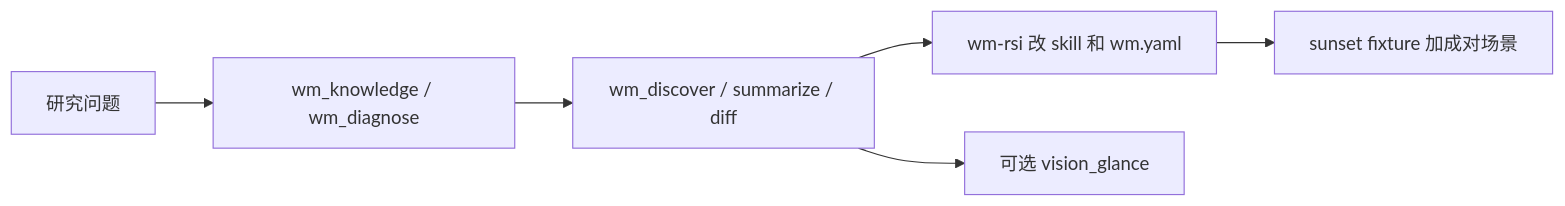
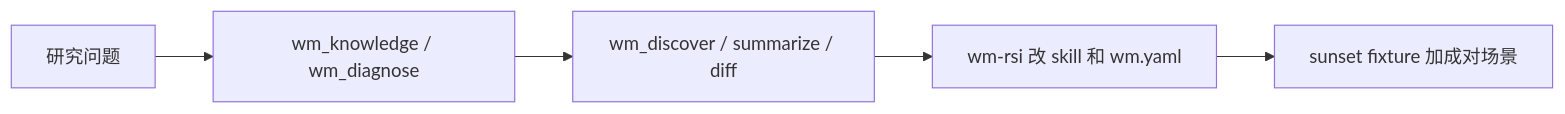
One commit to WayneJin0918/dsh-wm changed the diagram in README.zh.md. Above: the diagram before and after it, drawn with Mermaid. The commit also changed other lines of this file and 3 other files, not shown here.

````diff
--- a/README.zh.md
+++ b/README.zh.md
@@ -198,8 +195,7 @@
 ```mermaid
 flowchart LR
   ask[研究问题] --> know[wm_knowledge / wm_diagnose]
   know --> measure[wm_discover / summarize / diff]
   measure --> rsi[wm-rsi 改 skill 和 wm.yaml]
   rsi --> gate[sunset fixture 加成对场景]
-  measure --> eyes[可选 vision_glance]
 ```
````
